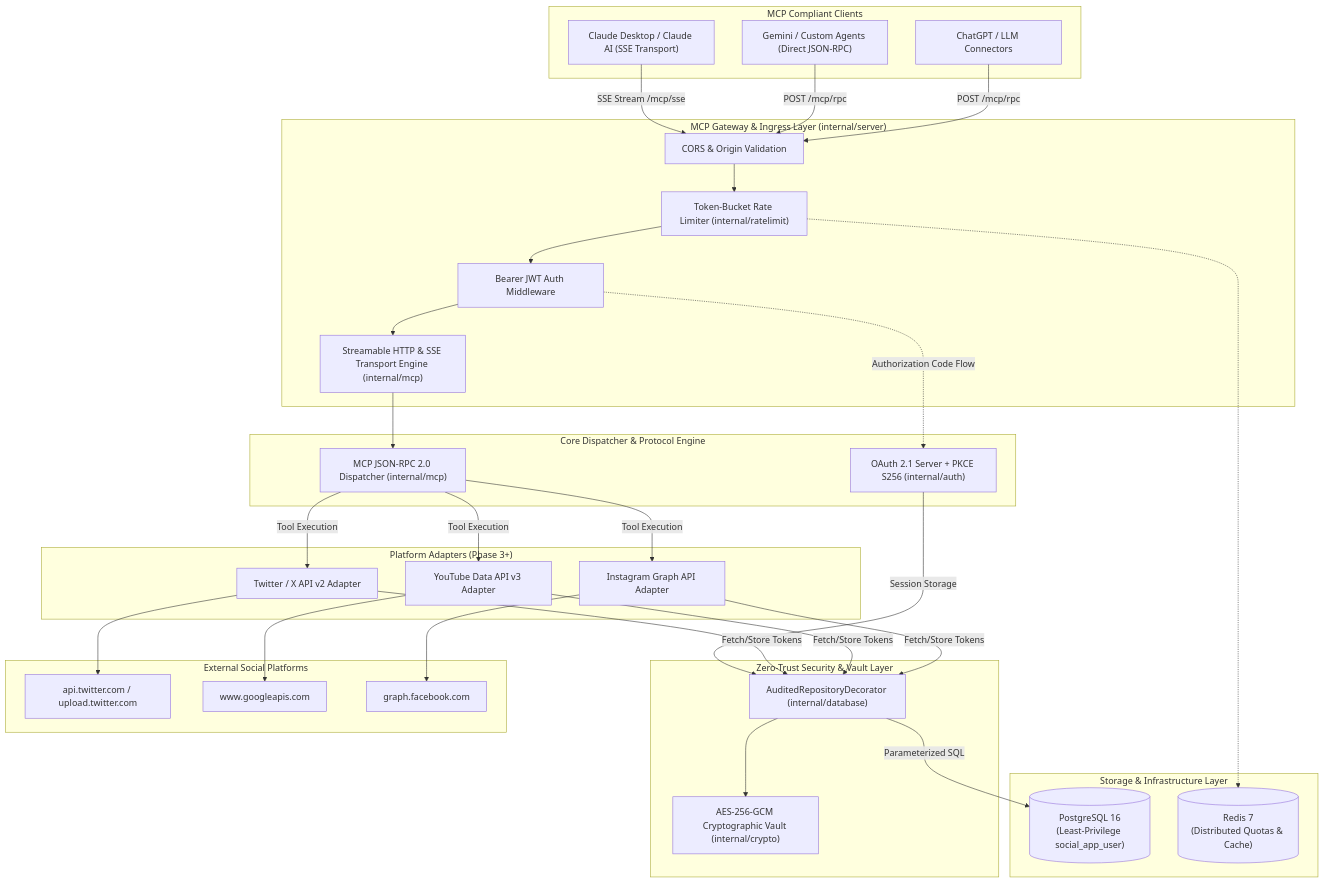
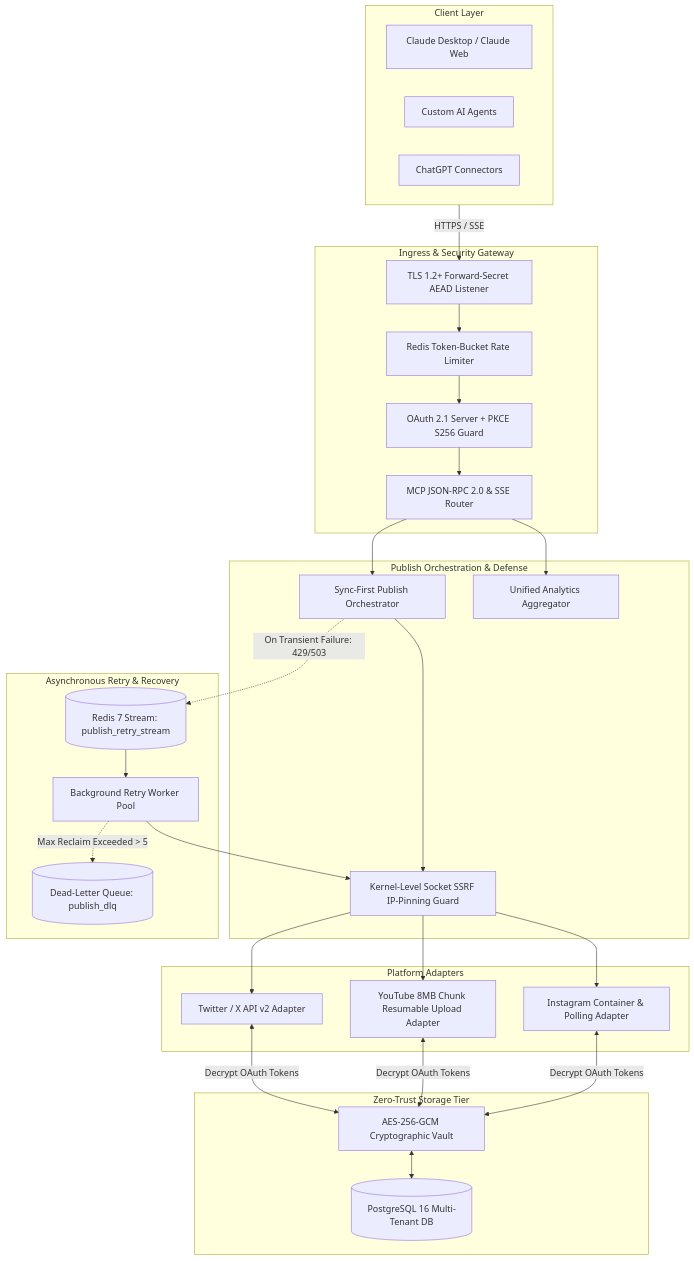
The first of 2 diagrams in ARCHITECTURE.md (kuldeep-poonia/social-publish-mcp-server), drawn with Mermaid before and after one commit. The commit also changed other lines of this file and 5 other files, not shown here.

Commit message:
docs: add comprehensive public documentation suite with Mermaid diagrams, user guide, security policy, and FAQ

````diff
--- a/ARCHITECTURE.md
+++ b/ARCHITECTURE.md
@@ -9,62 +9,54 @@
 ```mermaid
 flowchart TD
-    subgraph Clients["MCP Compliant Clients"]
-        Claude["Claude Desktop / Claude AI (SSE Transport)"]
-        Gemini["Gemini / Custom Agents (Direct JSON-RPC)"]
-        GPT["ChatGPT / LLM Connectors"]
+    subgraph ClientTier[Client Layer]
+        Claude[Claude Desktop / Claude Web]
+        Agent[Custom AI Agents]
+        GPT[ChatGPT Connectors]
     end
 
-    subgraph Gateway["MCP Gateway & Ingress Layer (internal/server)"]
-        CORS["CORS & Origin Validation"]
-        Limiter["Token-Bucket Rate Limiter (internal/ratelimit)"]
-        AuthMiddleware["Bearer JWT Auth Middleware"]
-        Transport["Streamable HTTP & SSE Transport Engine (internal/mcp)"]
+    subgraph IngressTier[Ingress & Security Gateway]
+        TLS[TLS 1.2+ Forward-Secret AEAD Listener]
+        RateLimiter[Redis Token-Bucket Rate Limiter]
+        Auth[OAuth 2.1 Server + PKCE S256 Guard]
+        Router[MCP JSON-RPC 2.0 & SSE Router]
     end
 
-    subgraph Core["Core Dispatcher & Protocol Engine"]
-        OAuthServer["OAuth 2.1 Server + PKCE S256 (internal/auth)"]
-        MCPServer["MCP JSON-RPC 2.0 Dispatcher (internal/mcp)"]
+    subgraph CoreEngine[Publish Orchestration & Defense]
+        SSRFEngine[Kernel-Level Socket SSRF IP-Pinning Guard]
+        PublishManager[Sync-First Publish Orchestrator]
+        AnalyticsEngine[Unified Analytics Aggregator]
     end
 
-    subgraph Security["Zero-Trust Security & Vault Layer"]
-        CipherVault["AES-256-GCM Cryptographic Vault (internal/crypto)"]
-        AuditDecorator["AuditedRepositoryDecorator (internal/database)"]
+    subgraph AdaptersTier[Platform Adapters]
+        TwitterAdapter[Twitter / X API v2 Adapter]
+        YouTubeAdapter[YouTube 8MB Chunk Resumable Upload Adapter]
+        InstagramAdapter[Instagram Container & Polling Adapter]
     end
 
-    subgraph Persistence["Storage & Infrastructure Layer"]
-        PG[("PostgreSQL 16\n(Least-Privilege social_app_user)")]
-        Redis[("Redis 7\n(Distributed Quotas & Cache)")]
+    subgraph AsyncTier[Asynchronous Retry & Recovery]
+        RedisStream[(Redis 7 Stream: publish_retry_stream)]
+        Workers[Background Retry Worker Pool]
+        DLQ[(Dead-Letter Queue: publish_dlq)]
     end
 
-    subgraph Adapters["Platform Adapters (Phase 3+)"]
-        Twitter["Twitter / X API v2 Adapter"]
-        YouTube["YouTube Data API v3 Adapter"]
-        Instagram["Instagram Graph API Adapter"]
+    subgraph VaultTier[Zero-Trust Storage Tier]
+        AESVault[AES-256-GCM Cryptographic Vault]
+        PG[(PostgreSQL 16 Multi-Tenant DB)]
     end
 
-    subgraph External["External Social Platforms"]
-        TwitterAPI["api.twitter.com / upload.twitter.com"]
-        GoogleAPI["www.googleapis.com"]
-        MetaAPI["graph.facebook.com"]
-    end
+    ClientTier -->|HTTPS / SSE| TLS
+    TLS --> RateLimiter
+    RateLimiter --> Auth
+    Auth --> Router
+    Router --> PublishManager & AnalyticsEngine
+    PublishManager --> SSRFEngine
+    SSRFEngine --> TwitterAdapter & YouTubeAdapter & InstagramAdapter
+    
+    TwitterAdapter & YouTubeAdapter & InstagramAdapter <-->|Decrypt OAuth Tokens| AESVault
+    AESVault <--> PG
 
-    Claude -->|SSE Stream /mcp/sse| CORS
-    Gemini -->|POST /mcp/rpc| CORS
-    GPT -->|POST /mcp/rpc| CORS
-
-    CORS --> Limiter --> AuthMiddleware --> Transport
-    Transport --> MCPServer
-    AuthMiddleware -.->|Authorization Code Flow| OAuthServer
-
-    MCPServer -->|Tool Execution| Twitter & YouTube & Instagram
-    OAuthServer -->|Session Storage| AuditDecorator
-
-    Twitter & YouTube & Instagram -->|Fetch/Store Tokens| AuditDecorator
-    AuditDecorator --> CipherVault
-    AuditDecorator -->|Parameterized SQL| PG
-    Limiter -.-> Redis
-
-    Twitter --> TwitterAPI
-    YouTube --> GoogleAPI
-    Instagram --> MetaAPI
+    PublishManager -.->|On Transient Failure: 429/503| RedisStream
+    RedisStream --> Workers
+    Workers --> SSRFEngine
+    Workers -.->|Max Reclaim Exceeded > 5| DLQ
 ```
````
